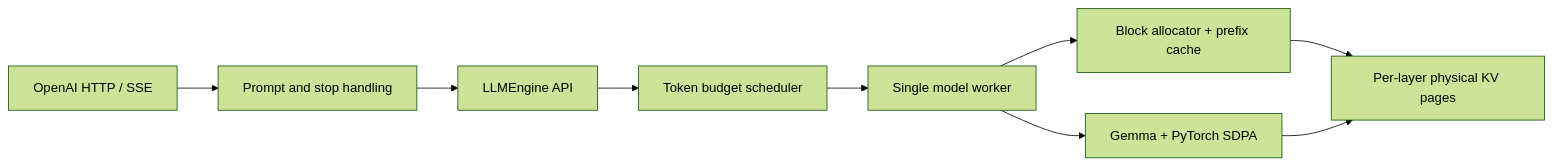
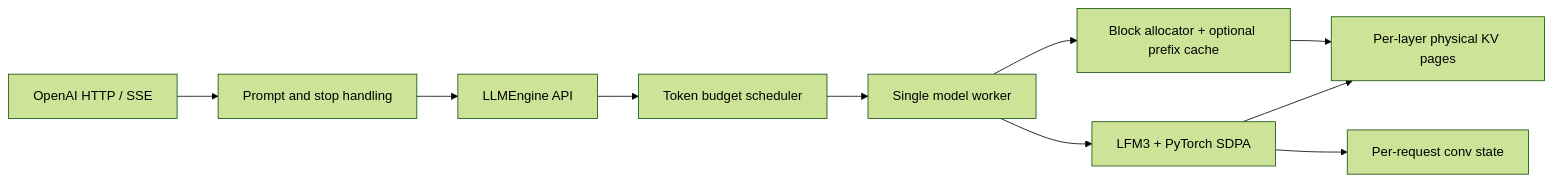
One commit to pratikkorat26/minivllm changed the diagram in README.md. Above: the diagram before and after it, drawn with Mermaid (forest theme). The commit also changed other lines of this file and 72 other files, not shown here.

````diff
--- a/README.md
+++ b/README.md
@@ -49,11 +107,12 @@
 ```mermaid
 flowchart LR
     HTTP[OpenAI HTTP / SSE] --> App[Prompt and stop handling]
     App --> Engine[LLMEngine API]
     Engine --> Scheduler[Token budget scheduler]
     Scheduler --> Worker[Single model worker]
-    Worker --> Model[Gemma + PyTorch SDPA]
-    Worker --> KV[Block allocator + prefix cache]
+    Worker --> Model[LFM3 + PyTorch SDPA]
+    Worker --> KV[Block allocator + optional prefix cache]
     KV --> Pages[Per-layer physical KV pages]
     Model --> Pages
+    Model --> Conv[Per-request conv state]
 ```
````
